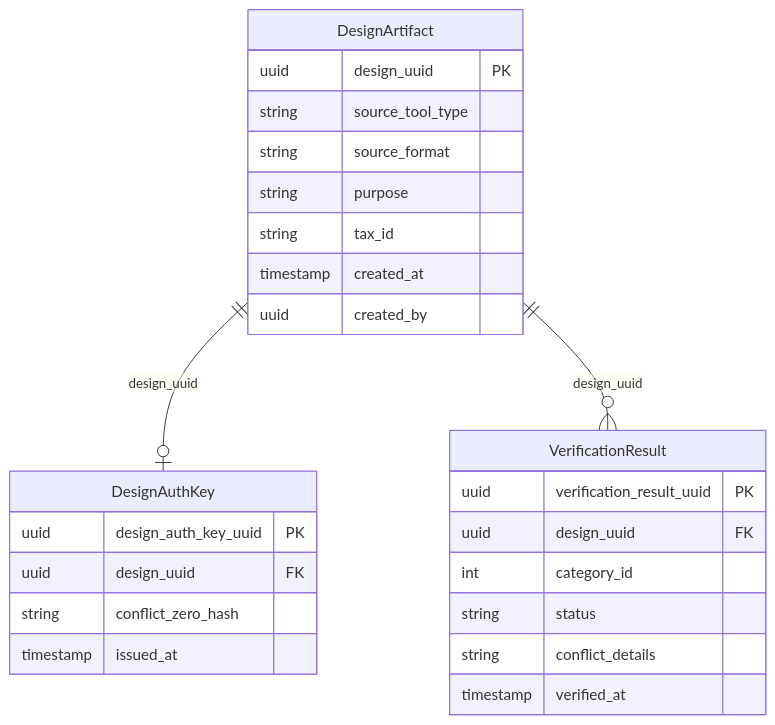
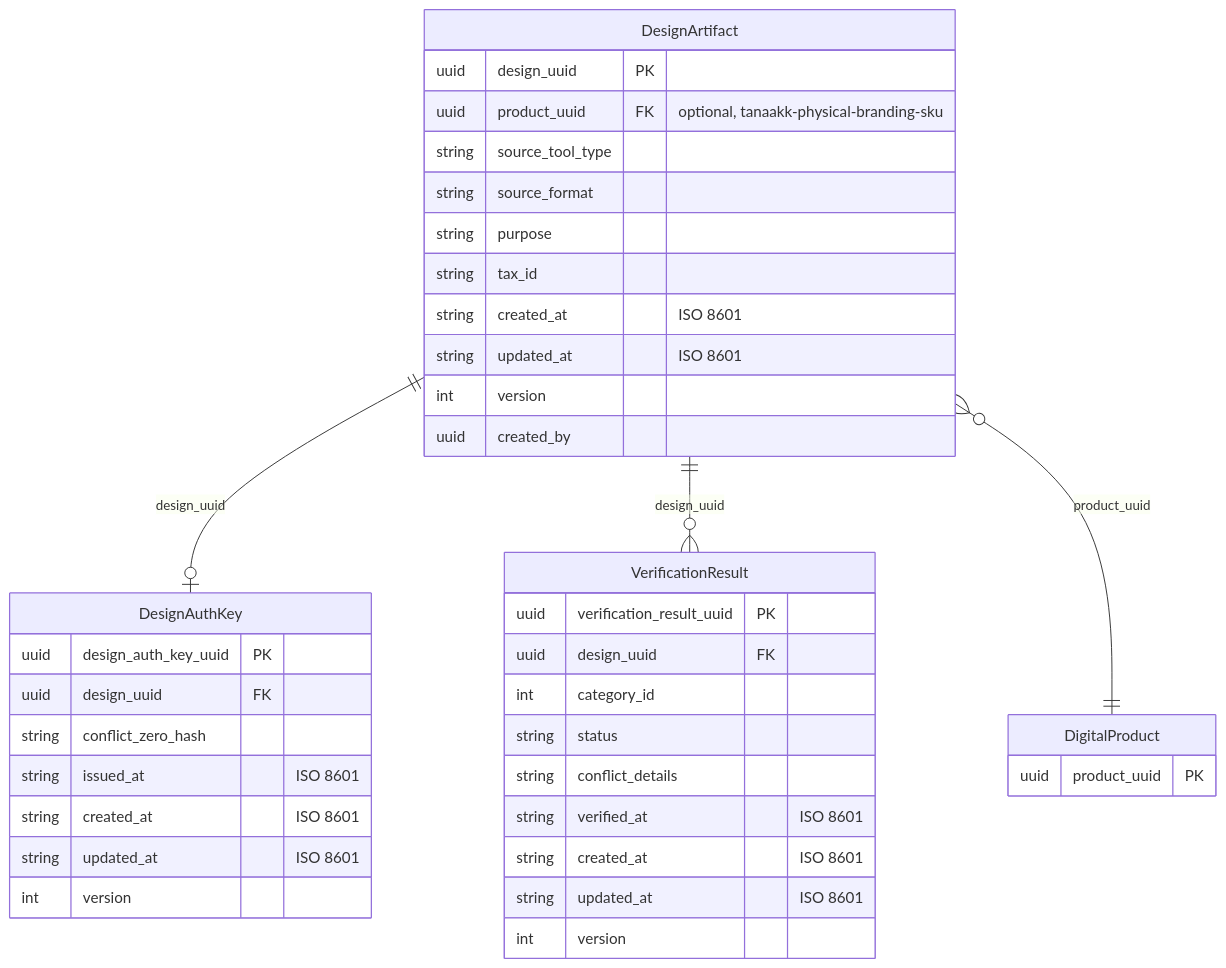
Before and after one commit to tanaakk/law-of-scale-verificator: the diagram in tanaakk-design-verification-data.mdc, drawn with Mermaid. The commit also changed other lines of this file and 6 other files, not shown here.

````diff
--- a/tanaakk-design-verification-data.mdc
+++ b/tanaakk-design-verification-data.mdc
@@ -13,28 +14,41 @@
 ```mermaid
 erDiagram
     DesignArtifact ||--o| DesignAuthKey : "design_uuid"
     DesignArtifact ||--o{ VerificationResult : "design_uuid"
+    DesignArtifact }o--|| DigitalProduct : "product_uuid"
     DesignArtifact {
         uuid design_uuid PK
+        uuid product_uuid FK "optional, tanaakk-physical-branding-sku"
         string source_tool_type
         string source_format
         string purpose
         string tax_id
-        timestamp created_at
+        string created_at "ISO 8601"
+        string updated_at "ISO 8601"
+        int version
         uuid created_by
     }
     DesignAuthKey {
         uuid design_auth_key_uuid PK
         uuid design_uuid FK
         string conflict_zero_hash
-        timestamp issued_at
+        string issued_at "ISO 8601"
+        string created_at "ISO 8601"
+        string updated_at "ISO 8601"
+        int version
     }
     VerificationResult {
         uuid verification_result_uuid PK
         uuid design_uuid FK
         int category_id
         string status
         string conflict_details
-        timestamp verified_at
+        string verified_at "ISO 8601"
+        string created_at "ISO 8601"
+        string updated_at "ISO 8601"
+        int version
+    }
+    DigitalProduct {
+        uuid product_uuid PK
     }
 ```
````
